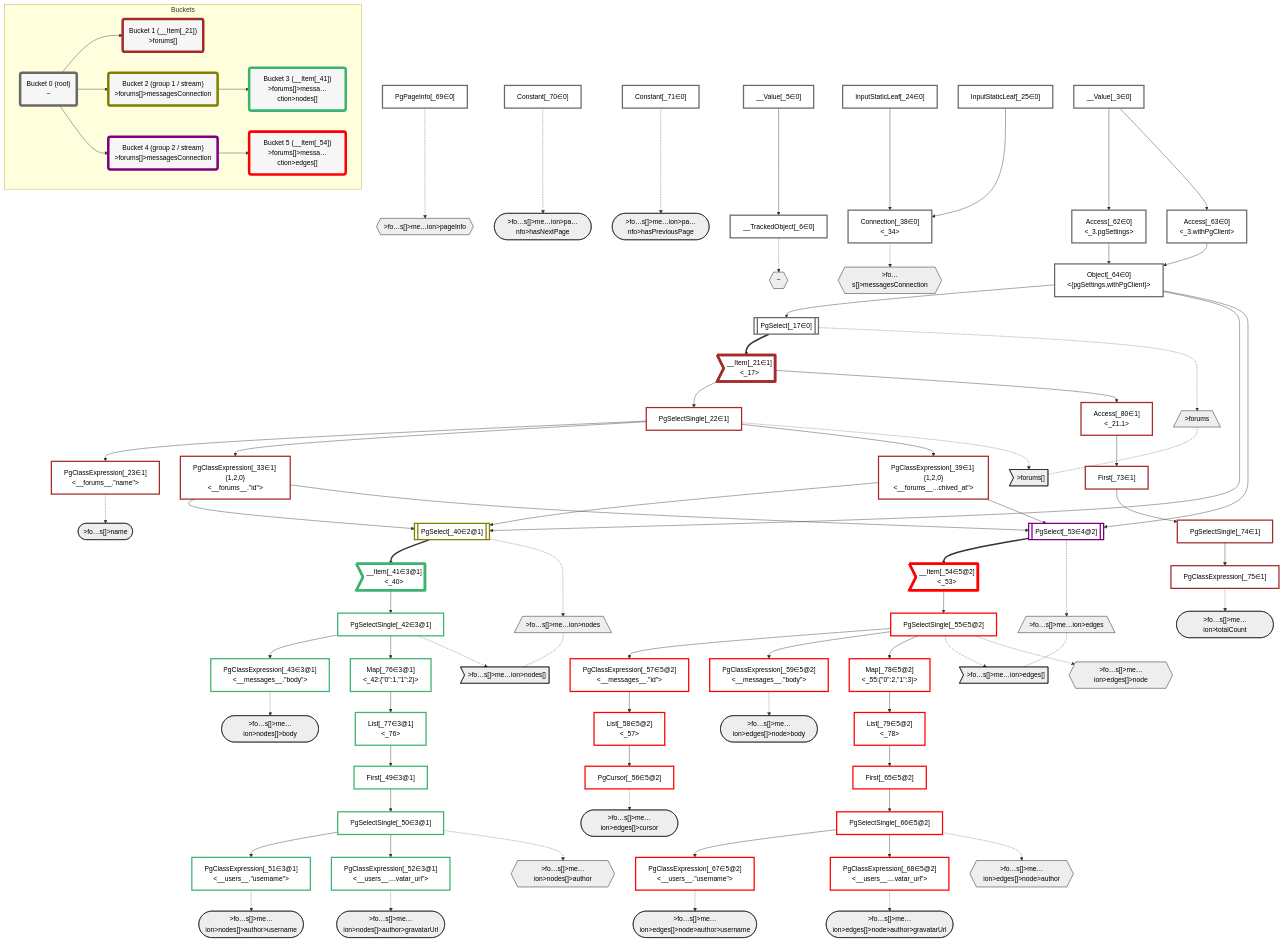
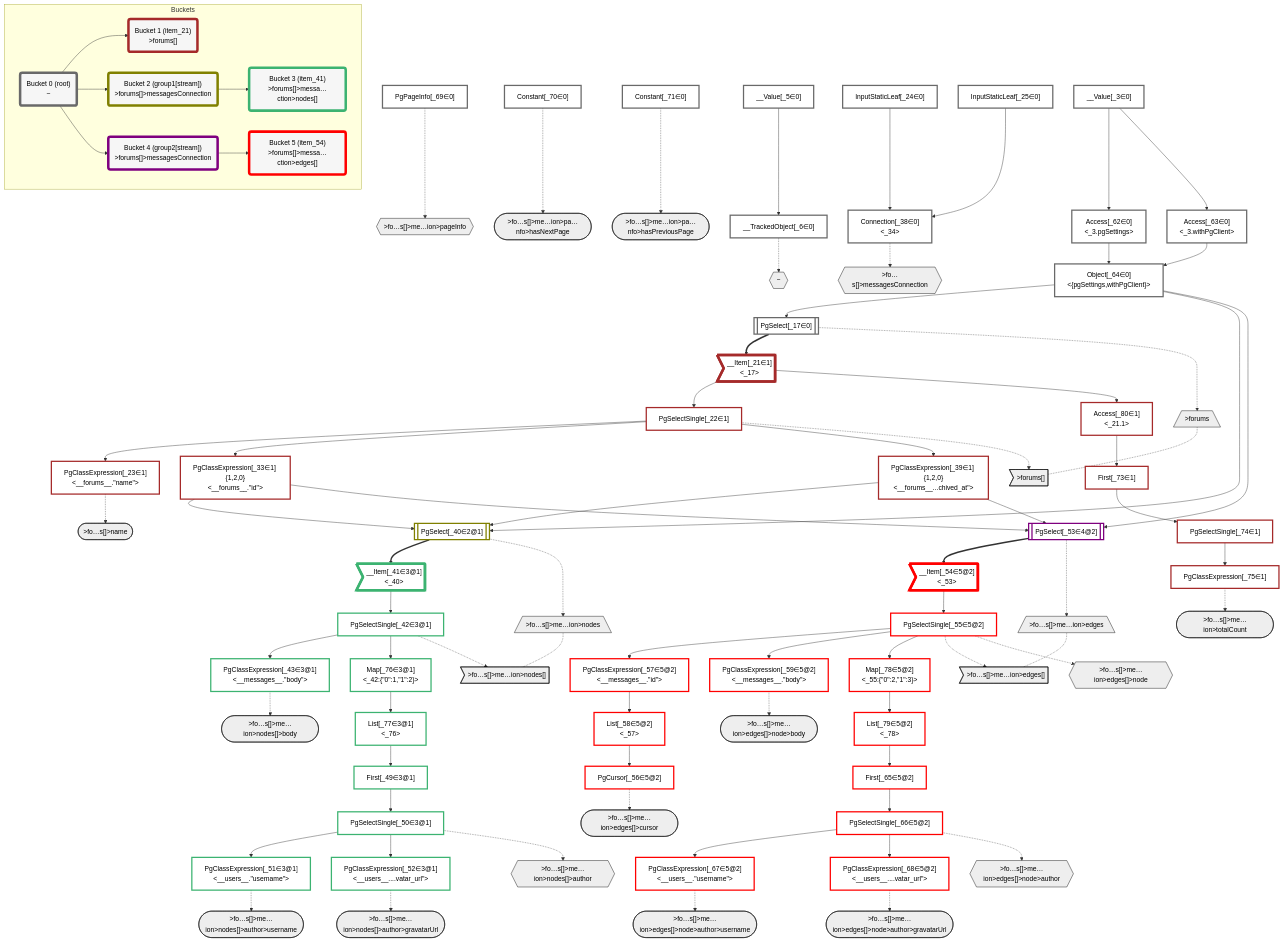
One commit to graphile/crystal changed the diagram in packages/dataplan-pg/__tests__/queries/conditions/archived-forum-inherited-messages.stream-2.mermaid.md. Above: the diagram before and after it, drawn with Mermaid. The commit also changed 159 other files, not shown here.

```diff
--- a/packages/dataplan-pg/__tests__/queries/conditions/archived-forum-inherited-messages.stream-2.mermaid.md
+++ b/packages/dataplan-pg/__tests__/queries/conditions/archived-forum-inherited-messages.stream-2.mermaid.md
@@ -189,19 +189,19 @@
     subgraph Buckets
     Bucket0("Bucket 0 (root)<br />~"):::bucket
     style Bucket0 stroke:#696969
-    Bucket1("Bucket 1 (__Item[_21])<br />>forums[]"):::bucket
+    Bucket1("Bucket 1 (item_21)<br />>forums[]"):::bucket
     style Bucket1 stroke:#a52a2a
     Bucket0 --> Bucket1
-    Bucket2("Bucket 2 (group 1 / stream)<br />>forums[]>messagesConnection"):::bucket
+    Bucket2("Bucket 2 (group1[stream])<br />>forums[]>messagesConnection"):::bucket
     style Bucket2 stroke:#808000
     Bucket0 --> Bucket2
-    Bucket3("Bucket 3 (__Item[_41])<br />>forums[]>messa…ction>nodes[]"):::bucket
+    Bucket3("Bucket 3 (item_41)<br />>forums[]>messa…ction>nodes[]"):::bucket
     style Bucket3 stroke:#3cb371
     Bucket2 --> Bucket3
-    Bucket4("Bucket 4 (group 2 / stream)<br />>forums[]>messagesConnection"):::bucket
+    Bucket4("Bucket 4 (group2[stream])<br />>forums[]>messagesConnection"):::bucket
     style Bucket4 stroke:#7f007f
     Bucket0 --> Bucket4
-    Bucket5("Bucket 5 (__Item[_54])<br />>forums[]>messa…ction>edges[]"):::bucket
+    Bucket5("Bucket 5 (item_54)<br />>forums[]>messa…ction>edges[]"):::bucket
     style Bucket5 stroke:#ff0000
     Bucket4 --> Bucket5
     end
```
